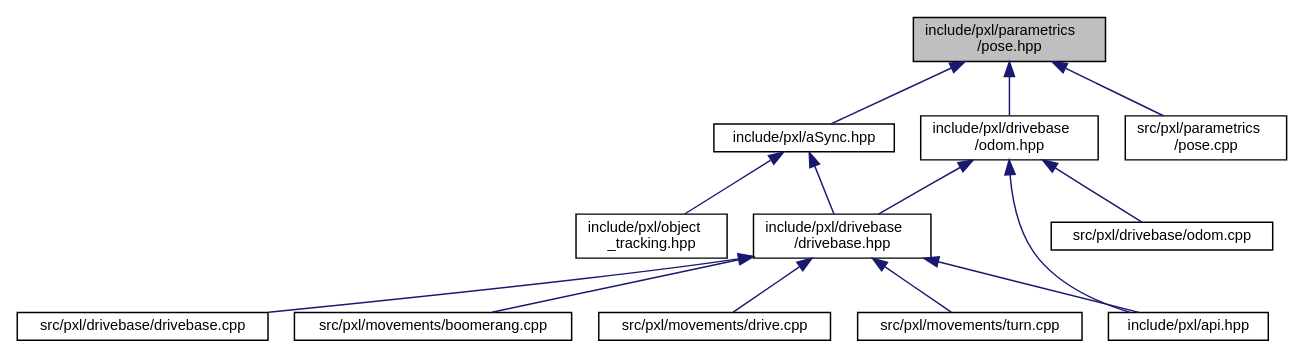
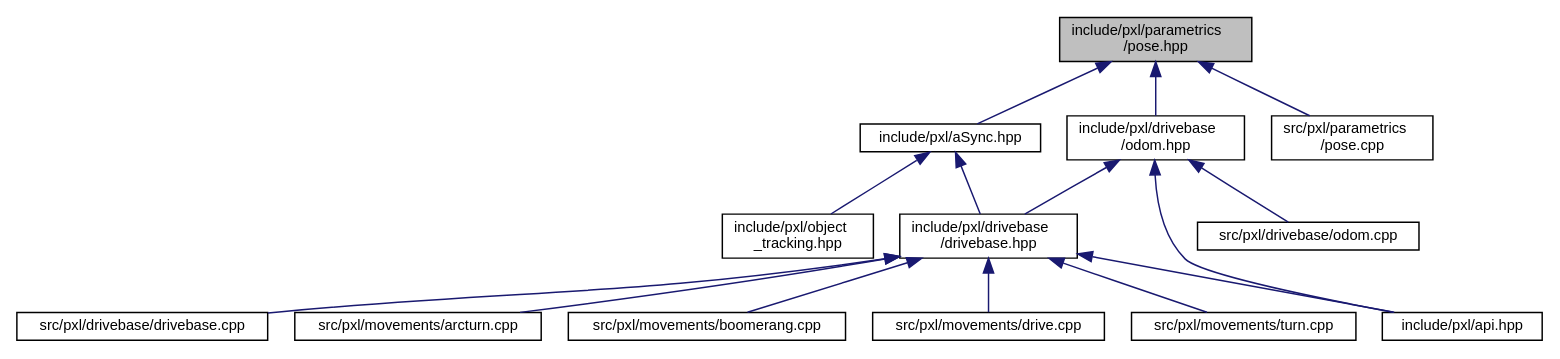
Before and after one commit to Pixel-Lib/Pixel: the diagram in pose_8hpp__dep__incl.dot, drawn with Graphviz. The commit also changed 256 other files, not shown here.

```diff
--- a/pose_8hpp__dep__incl.dot
+++ b/pose_8hpp__dep__incl.dot
@@ -1,31 +1,33 @@
 digraph "include/pxl/parametrics/pose.hpp"
 {
  // LATEX_PDF_SIZE
   edge [fontname="Helvetica",fontsize="10",labelfontname="Helvetica",labelfontsize="10"];
   node [fontname="Helvetica",fontsize="10",shape=record];
   Node1 [label="include/pxl/parametrics\l/pose.hpp",height=0.2,width=0.4,color="black", fillcolor="grey75", style="filled", fontcolor="black",tooltip=" "];
   Node1 -> Node2 [dir="back",color="midnightblue",fontsize="10",style="solid",fontname="Helvetica"];
   Node2 [label="include/pxl/aSync.hpp",height=0.2,width=0.4,color="black", fillcolor="white", style="filled",URL="$aSync_8hpp.html",tooltip=" "];
   Node2 -> Node3 [dir="back",color="midnightblue",fontsize="10",style="solid",fontname="Helvetica"];
   Node3 [label="include/pxl/drivebase\l/drivebase.hpp",height=0.2,width=0.4,color="black", fillcolor="white", style="filled",URL="$drivebase_8hpp.html",tooltip=" "];
   Node3 -> Node4 [dir="back",color="midnightblue",fontsize="10",style="solid",fontname="Helvetica"];
   Node4 [label="include/pxl/api.hpp",height=0.2,width=0.4,color="black", fillcolor="white", style="filled",URL="$api_8hpp.html",tooltip=" "];
   Node3 -> Node5 [dir="back",color="midnightblue",fontsize="10",style="solid",fontname="Helvetica"];
   Node5 [label="src/pxl/drivebase/drivebase.cpp",height=0.2,width=0.4,color="black", fillcolor="white", style="filled",URL="$drivebase_8cpp.html",tooltip=" "];
   Node3 -> Node6 [dir="back",color="midnightblue",fontsize="10",style="solid",fontname="Helvetica"];
-  Node6 [label="src/pxl/movements/boomerang.cpp",height=0.2,width=0.4,color="black", fillcolor="white", style="filled",URL="$boomerang_8cpp.html",tooltip=" "];
+  Node6 [label="src/pxl/movements/arcturn.cpp",height=0.2,width=0.4,color="black", fillcolor="white", style="filled",URL="$arcturn_8cpp.html",tooltip=" "];
   Node3 -> Node7 [dir="back",color="midnightblue",fontsize="10",style="solid",fontname="Helvetica"];
-  Node7 [label="src/pxl/movements/drive.cpp",height=0.2,width=0.4,color="black", fillcolor="white", style="filled",URL="$drive_8cpp.html",tooltip=" "];
+  Node7 [label="src/pxl/movements/boomerang.cpp",height=0.2,width=0.4,color="black", fillcolor="white", style="filled",URL="$boomerang_8cpp.html",tooltip=" "];
   Node3 -> Node8 [dir="back",color="midnightblue",fontsize="10",style="solid",fontname="Helvetica"];
-  Node8 [label="src/pxl/movements/turn.cpp",height=0.2,width=0.4,color="black", fillcolor="white", style="filled",URL="$turn_8cpp.html",tooltip=" "];
-  Node2 -> Node9 [dir="back",color="midnightblue",fontsize="10",style="solid",fontname="Helvetica"];
-  Node9 [label="include/pxl/object\l_tracking.hpp",height=0.2,width=0.4,color="black", fillcolor="white", style="filled",URL="$object__tracking_8hpp.html",tooltip=" "];
-  Node1 -> Node10 [dir="back",color="midnightblue",fontsize="10",style="solid",fontname="Helvetica"];
-  Node10 [label="include/pxl/drivebase\l/odom.hpp",height=0.2,width=0.4,color="black", fillcolor="white", style="filled",URL="$odom_8hpp.html",tooltip=" "];
-  Node10 -> Node4 [dir="back",color="midnightblue",fontsize="10",style="solid",fontname="Helvetica"];
-  Node10 -> Node3 [dir="back",color="midnightblue",fontsize="10",style="solid",fontname="Helvetica"];
-  Node10 -> Node11 [dir="back",color="midnightblue",fontsize="10",style="solid",fontname="Helvetica"];
-  Node11 [label="src/pxl/drivebase/odom.cpp",height=0.2,width=0.4,color="black", fillcolor="white", style="filled",URL="$odom_8cpp.html",tooltip=" "];
-  Node1 -> Node12 [dir="back",color="midnightblue",fontsize="10",style="solid",fontname="Helvetica"];
-  Node12 [label="src/pxl/parametrics\l/pose.cpp",height=0.2,width=0.4,color="black", fillcolor="white", style="filled",URL="$pose_8cpp.html",tooltip=" "];
+  Node8 [label="src/pxl/movements/drive.cpp",height=0.2,width=0.4,color="black", fillcolor="white", style="filled",URL="$drive_8cpp.html",tooltip=" "];
+  Node3 -> Node9 [dir="back",color="midnightblue",fontsize="10",style="solid",fontname="Helvetica"];
+  Node9 [label="src/pxl/movements/turn.cpp",height=0.2,width=0.4,color="black", fillcolor="white", style="filled",URL="$turn_8cpp.html",tooltip=" "];
+  Node2 -> Node10 [dir="back",color="midnightblue",fontsize="10",style="solid",fontname="Helvetica"];
+  Node10 [label="include/pxl/object\l_tracking.hpp",height=0.2,width=0.4,color="black", fillcolor="white", style="filled",URL="$object__tracking_8hpp.html",tooltip=" "];
+  Node1 -> Node11 [dir="back",color="midnightblue",fontsize="10",style="solid",fontname="Helvetica"];
+  Node11 [label="include/pxl/drivebase\l/odom.hpp",height=0.2,width=0.4,color="black", fillcolor="white", style="filled",URL="$odom_8hpp.html",tooltip=" "];
+  Node11 -> Node4 [dir="back",color="midnightblue",fontsize="10",style="solid",fontname="Helvetica"];
+  Node11 -> Node3 [dir="back",color="midnightblue",fontsize="10",style="solid",fontname="Helvetica"];
+  Node11 -> Node12 [dir="back",color="midnightblue",fontsize="10",style="solid",fontname="Helvetica"];
+  Node12 [label="src/pxl/drivebase/odom.cpp",height=0.2,width=0.4,color="black", fillcolor="white", style="filled",URL="$odom_8cpp.html",tooltip=" "];
+  Node1 -> Node13 [dir="back",color="midnightblue",fontsize="10",style="solid",fontname="Helvetica"];
+  Node13 [label="src/pxl/parametrics\l/pose.cpp",height=0.2,width=0.4,color="black", fillcolor="white", style="filled",URL="$pose_8cpp.html",tooltip=" "];
 }
```
